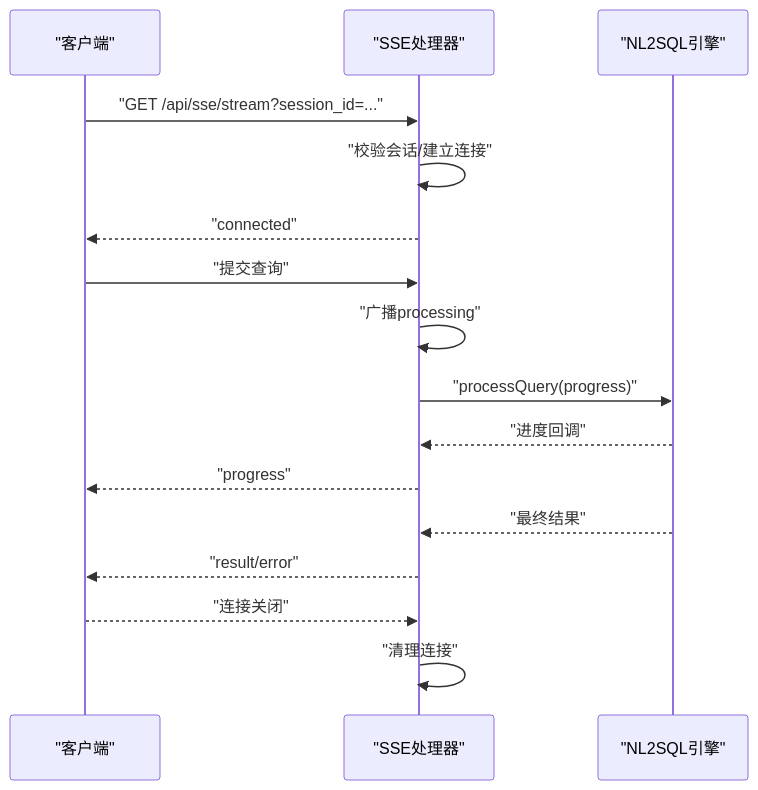
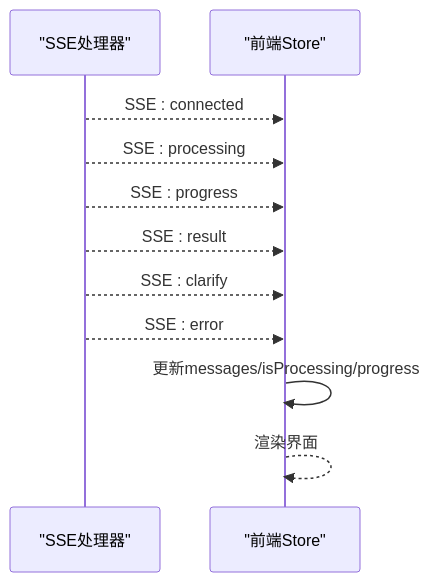
One commit to HanHuiOnLine/724-office changed the fifth of 9 diagrams in NL2SQL/.qoder/repowiki/zh/content/系统架构/数据流设计.md. Above: the diagram before and after it, drawn with Mermaid. The commit also changed other lines of this file and 207 other files, not shown here.

````diff
--- a/NL2SQL/.qoder/repowiki/zh/content/系统架构/数据流设计.md
+++ b/NL2SQL/.qoder/repowiki/zh/content/系统架构/数据流设计.md
@@ -215,18 +236,13 @@
 ```mermaid
 sequenceDiagram
-participant Client as "客户端"
 participant SSE as "SSE处理器"
-participant Engine as "NL2SQL引擎"
-Client->>SSE : "GET /api/sse/stream?session_id=..."
-SSE->>SSE : "校验会话/建立连接"
-SSE-->>Client : "connected"
-Client->>SSE : "提交查询"
-SSE->>SSE : "广播processing"
-SSE->>Engine : "processQuery(progress)"
-Engine-->>SSE : "进度回调"
-SSE-->>Client : "progress"
-Engine-->>SSE : "最终结果"
-SSE-->>Client : "result/error"
-Client-->>SSE : "连接关闭"
-SSE->>SSE : "清理连接"
+participant FE as "前端Store"
+SSE-->>FE : SSE : connected
+SSE-->>FE : SSE : processing
+SSE-->>FE : SSE : progress
+SSE-->>FE : SSE : result
+SSE-->>FE : SSE : clarify
+SSE-->>FE : SSE : error
+FE->>FE : 更新messages/isProcessing/progress
+FE-->>FE : 渲染界面
 ```
````
